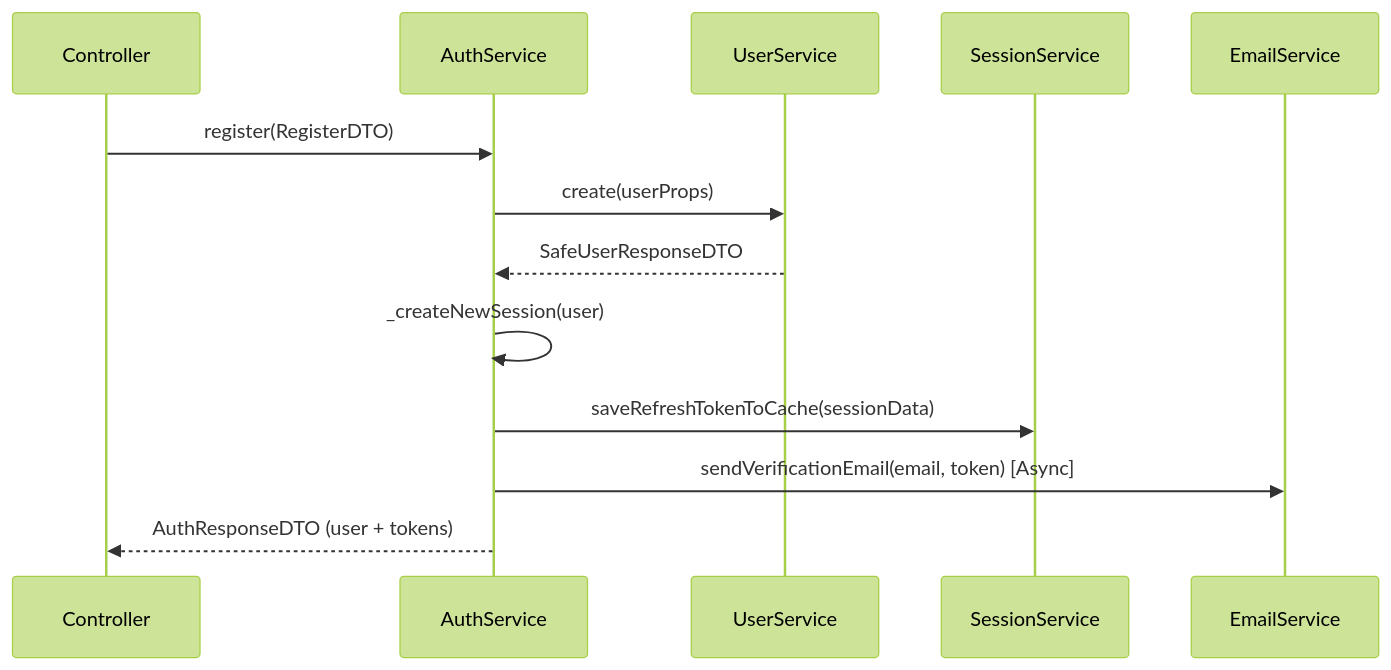
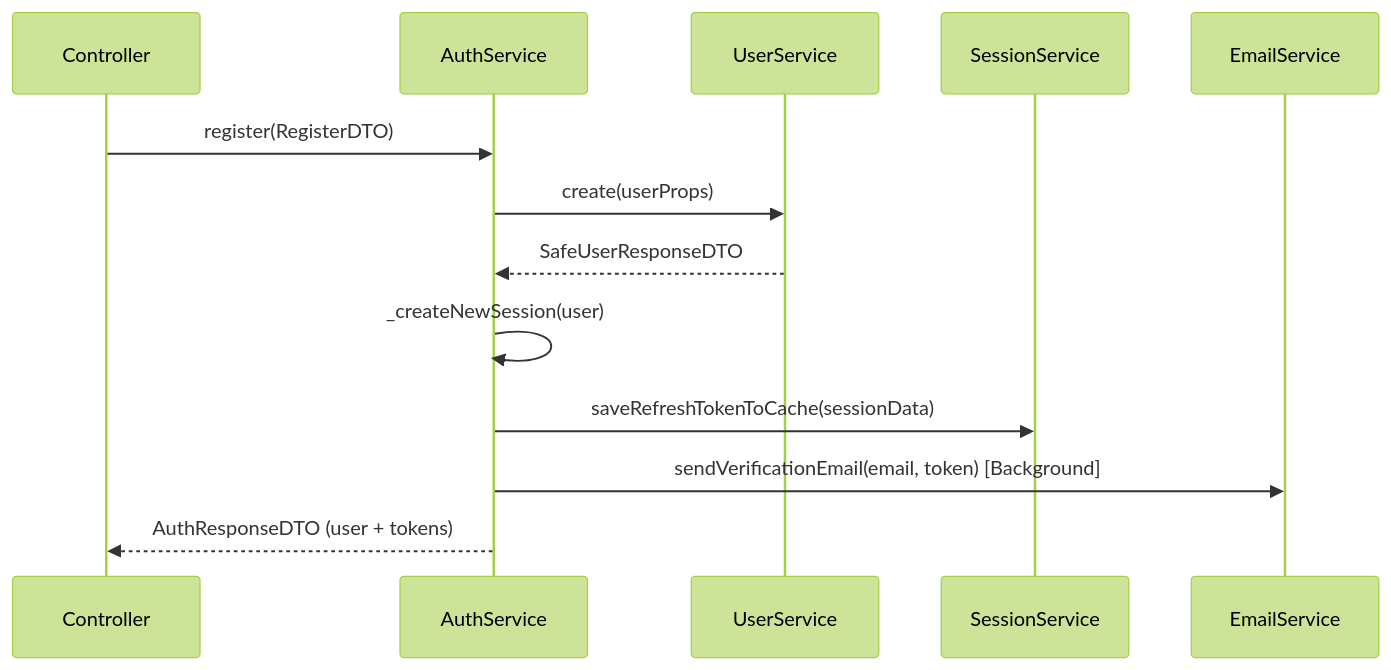
One commit to SangHynh/atomecom changed the second of 8 diagrams in server/src/modules/auth/README.md. Above: the diagram before and after it, drawn with Mermaid (forest theme). The commit also changed other lines of this file and 1 other file, not shown here.

````diff
--- a/server/src/modules/auth/README.md
+++ b/server/src/modules/auth/README.md
@@ -99,16 +113,16 @@
 ```mermaid
 sequenceDiagram
     participant C as Controller
     participant AS as AuthService
     participant US as UserService
     participant SS as SessionService
     participant EMAIL as EmailService
 
     C->>AS: register(RegisterDTO)
     AS->>US: create(userProps)
     US-->>AS: SafeUserResponseDTO
     AS->>AS: _createNewSession(user)
     AS->>SS: saveRefreshTokenToCache(sessionData)
-    AS->>EMAIL: sendVerificationEmail(email, token) [Async]
+    AS->>EMAIL: sendVerificationEmail(email, token) [Background]
     AS-->>C: AuthResponseDTO (user + tokens)
 ```
````
